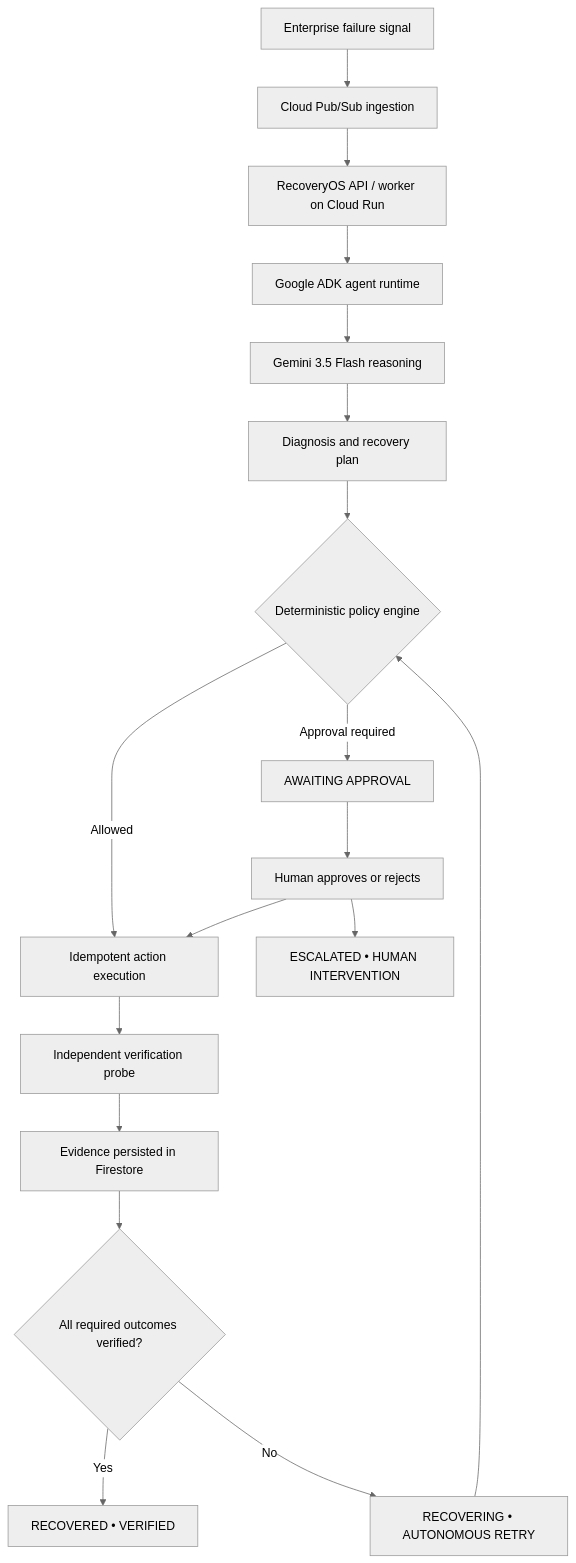
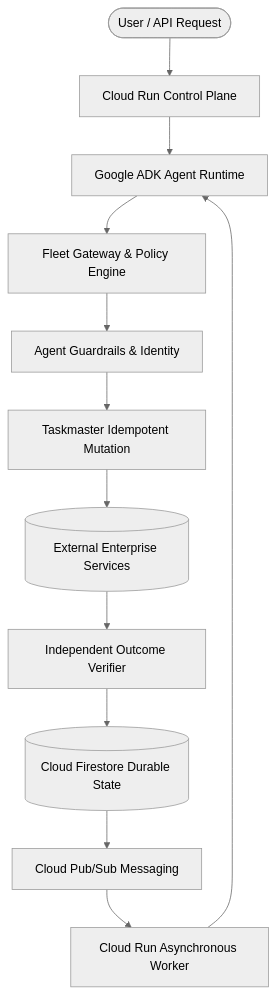
The diagram in README.md (subodhkant7/recoveryos), drawn with Mermaid (neutral theme) before and after one commit. The commit also changed other lines of this file and 3 other files, not shown here.

````diff
--- a/README.md
+++ b/README.md
@@ -58,20 +25,14 @@
 ```mermaid
 flowchart TD
-    A[Enterprise failure signal] --> B[Cloud Pub/Sub ingestion]
-    B --> C[RecoveryOS API / worker on Cloud Run]
-    C --> D[Google ADK agent runtime]
-    D --> E[Gemini 3.5 Flash reasoning]
-    E --> F[Diagnosis and recovery plan]
-    F --> G{Deterministic policy engine}
-    G -- Allowed --> H[Idempotent action execution]
-    G -- Approval required --> I[AWAITING APPROVAL]
-    H --> J[Independent verification probe]
-    J --> K[Evidence persisted in Firestore]
-    K --> L{All required outcomes verified?}
-    L -- Yes --> M[RECOVERED • VERIFIED]
-    L -- No --> N[RECOVERING • AUTONOMOUS RETRY]
-    N --> G
-    I --> O[Human approves or rejects]
-    O --> H
-    O --> P[ESCALATED • HUMAN INTERVENTION]
+    User([User / API Request]) --> API[Cloud Run Control Plane]
+    API --> ADK[Google ADK Agent Runtime]
+    ADK --> Fleet[Fleet Gateway & Policy Engine]
+    Fleet --> Guard[Agent Guardrails & Identity]
+    Guard --> Mutate[Taskmaster Idempotent Mutation]
+    Mutate --> ExtSvc[(External Enterprise Services)]
+    ExtSvc --> Verifier[Independent Outcome Verifier]
+    Verifier --> Store[(Cloud Firestore Durable State)]
+    Store --> PubSub[Cloud Pub/Sub Messaging]
+    PubSub --> Worker[Cloud Run Asynchronous Worker]
+    Worker --> ADK
 ```
````
